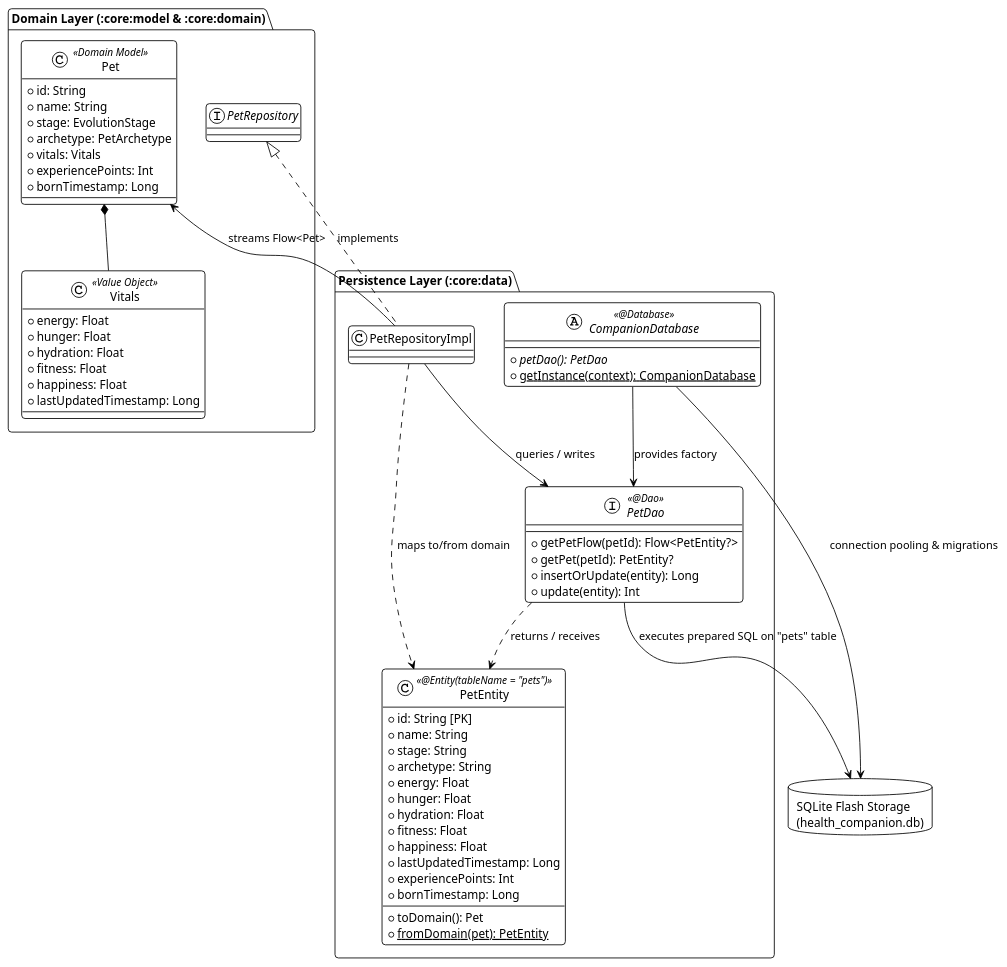
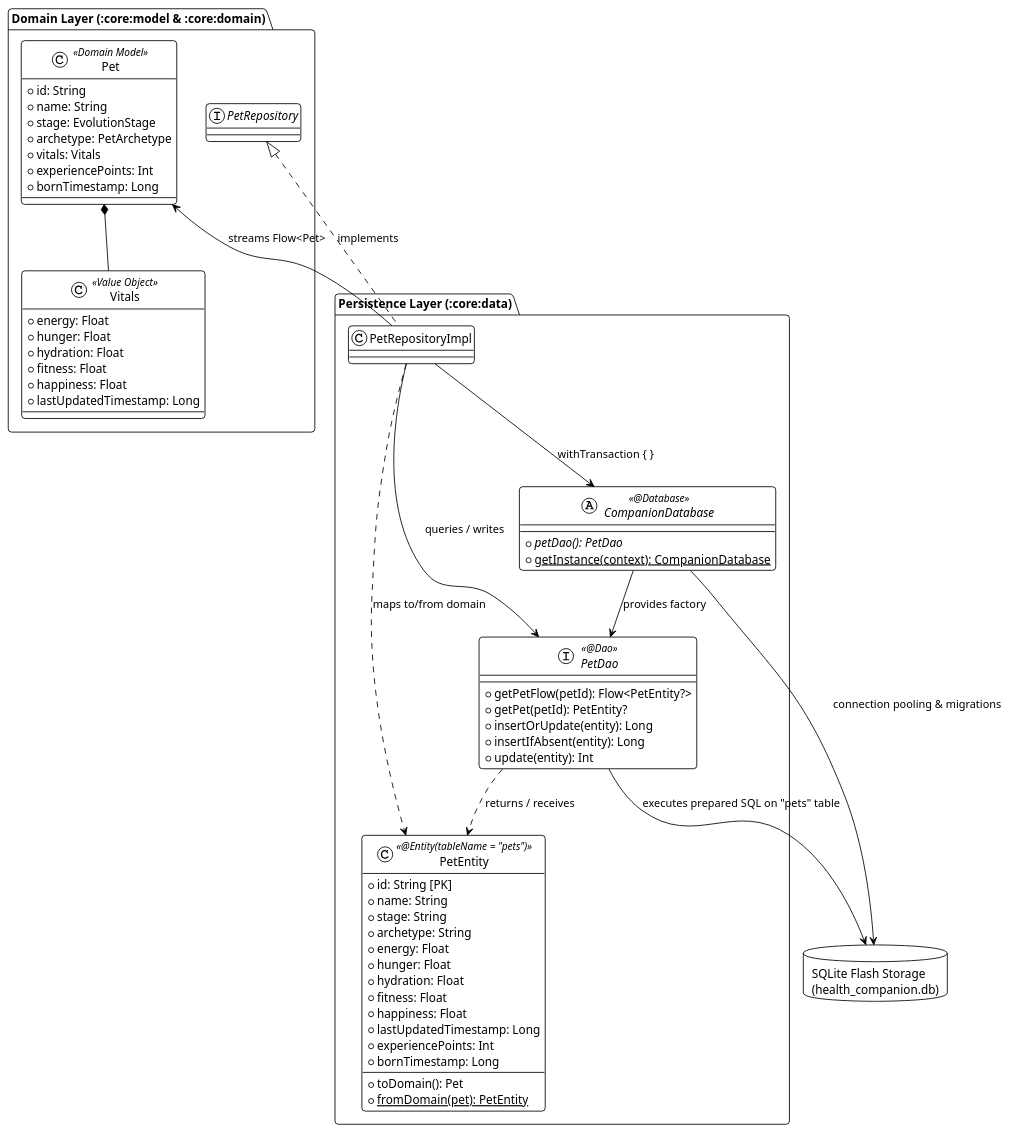
One commit to DunderGG/health-companion changed the sixth of 6 diagrams in docs/ARCHITECTURE.md. Above: the diagram before and after it, drawn with PlantUML. The commit also changed other lines of this file and 12 other files, not shown here.

First line of the commit message:
Add architecture review findings and make pet updates atomic (AR-2)

````diff
--- a/docs/ARCHITECTURE.md
+++ b/docs/ARCHITECTURE.md
@@ -507,72 +507,74 @@
 ```plantuml
 @startuml Room_Persistence_Architecture
 !theme plain
 allowmixing
 skinparam componentStyle rectangle
 skinparam roundCorner 8
 
 package "Domain Layer (:core:model & :core:domain)" {
     class Pet <<Domain Model>> {
         +id: String
         +name: String
         +stage: EvolutionStage
         +archetype: PetArchetype
         +vitals: Vitals
         +experiencePoints: Int
         +bornTimestamp: Long
     }
     class Vitals <<Value Object>> {
         +energy: Float
         +hunger: Float
         +hydration: Float
         +fitness: Float
         +happiness: Float
         +lastUpdatedTimestamp: Long
     }
     Pet *-- Vitals
     interface PetRepository
 }
 
 package "Persistence Layer (:core:data)" {
     class PetRepositoryImpl
     interface PetDao <<@Dao>> {
         +getPetFlow(petId): Flow<PetEntity?>
         +getPet(petId): PetEntity?
         +insertOrUpdate(entity): Long
+        +insertIfAbsent(entity): Long
         +update(entity): Int
     }
     class PetEntity <<@Entity(tableName = "pets")>> {
         +id: String [PK]
         +name: String
         +stage: String
         +archetype: String
         +energy: Float
         +hunger: Float
         +hydration: Float
         +fitness: Float
         +happiness: Float
         +lastUpdatedTimestamp: Long
         +experiencePoints: Int
         +bornTimestamp: Long
         --
         +toDomain(): Pet
         +{static} fromDomain(pet): PetEntity
     }
     abstract class CompanionDatabase <<@Database>> {
         +{abstract} petDao(): PetDao
         +{static} getInstance(context): CompanionDatabase
     }
 }
 
 database "SQLite Flash Storage\n(health_companion.db)" as SQLite
 
 PetRepository <|.. PetRepositoryImpl : implements
 PetRepositoryImpl --> PetDao : queries / writes
+PetRepositoryImpl --> CompanionDatabase : withTransaction { }
 PetRepositoryImpl ..> PetEntity : maps to/from domain
 PetRepositoryImpl --> Pet : streams Flow<Pet>
 PetDao ..> PetEntity : returns / receives
 CompanionDatabase --> PetDao : provides factory
 CompanionDatabase --> SQLite : connection pooling & migrations
 PetDao --> SQLite : executes prepared SQL on "pets" table
 @enduml
 ```
````
